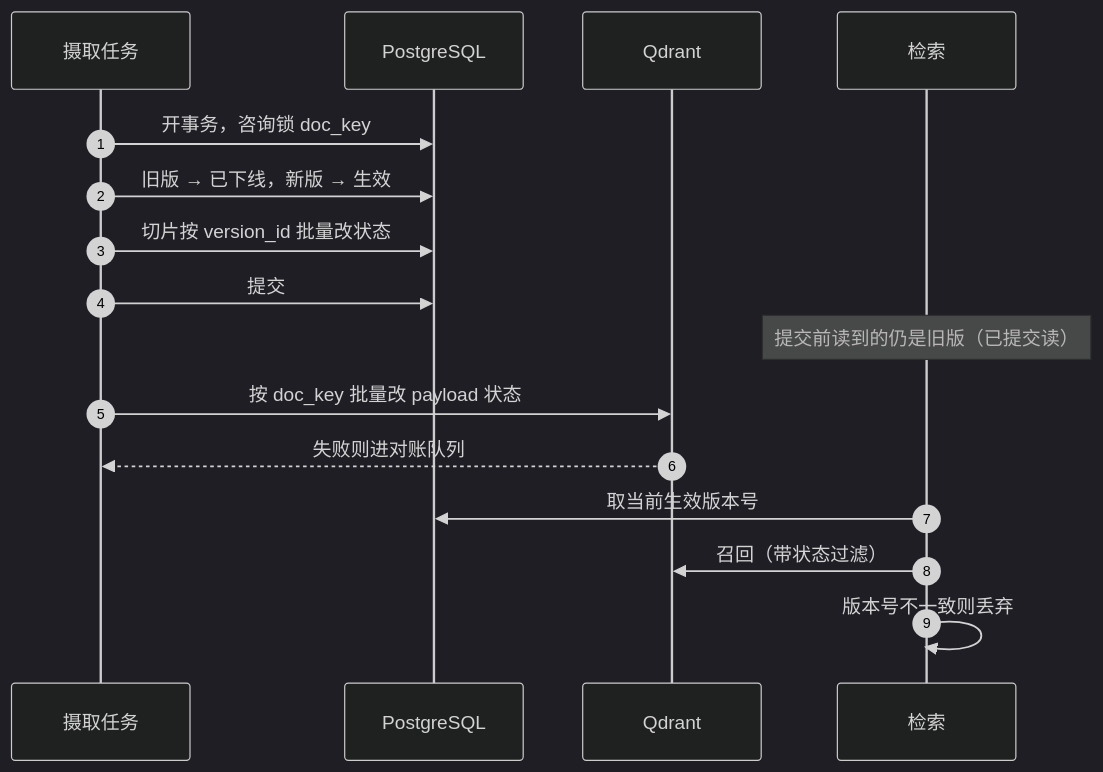
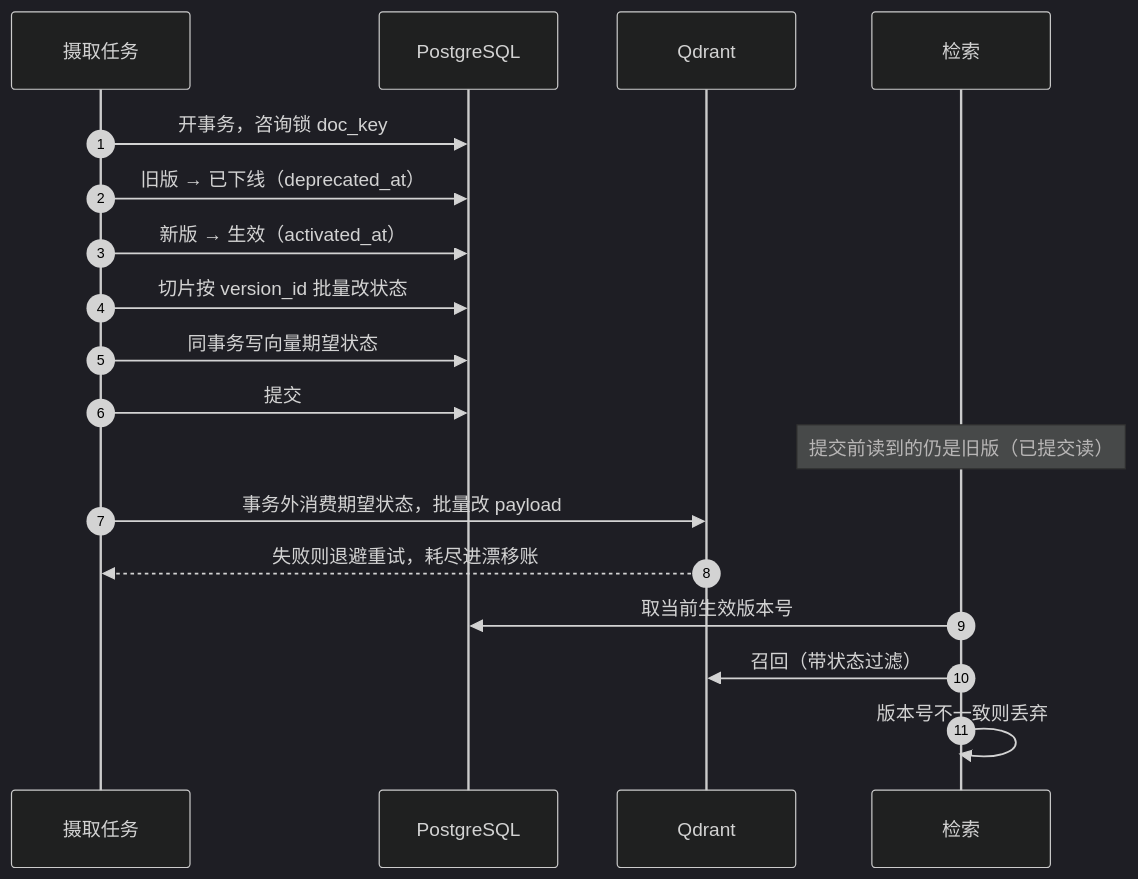
The seventh of 16 diagrams in 详细设计.md (kvchen95/ai-rag), drawn with Mermaid (dark theme) before and after one commit. The commit also changed other lines of this file and 4 other files, not shown here.

First line of the commit message:
docs: 按当前实现重写架构图集、概要设计与详细设计

````diff
--- a/详细设计.md
+++ b/详细设计.md
@@ -263,18 +270,21 @@
 ```mermaid
 sequenceDiagram
     autonumber
     participant W as 摄取任务
     participant DB as PostgreSQL
     participant Q as Qdrant
     participant R as 检索
+
     W->>DB: 开事务，咨询锁 doc_key
-    W->>DB: 旧版 → 已下线，新版 → 生效
+    W->>DB: 旧版 → 已下线（deprecated_at）
+    W->>DB: 新版 → 生效（activated_at）
     W->>DB: 切片按 version_id 批量改状态
+    W->>DB: 同事务写向量期望状态
     W->>DB: 提交
     Note over R: 提交前读到的仍是旧版（已提交读）
-    W->>Q: 按 doc_key 批量改 payload 状态
-    Q-->>W: 失败则进对账队列
+    W->>Q: 事务外消费期望状态，批量改 payload
+    Q-->>W: 失败则退避重试，耗尽进漂移账
     R->>DB: 取当前生效版本号
     R->>Q: 召回（带状态过滤）
     R->>R: 版本号不一致则丢弃
 ```
````
